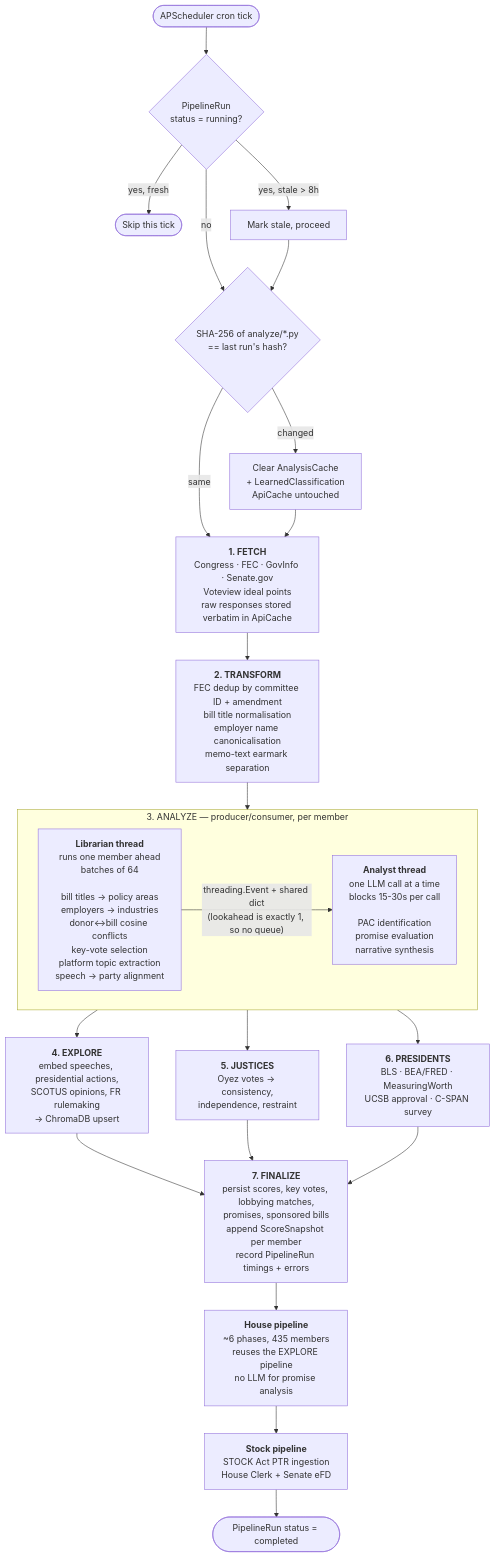
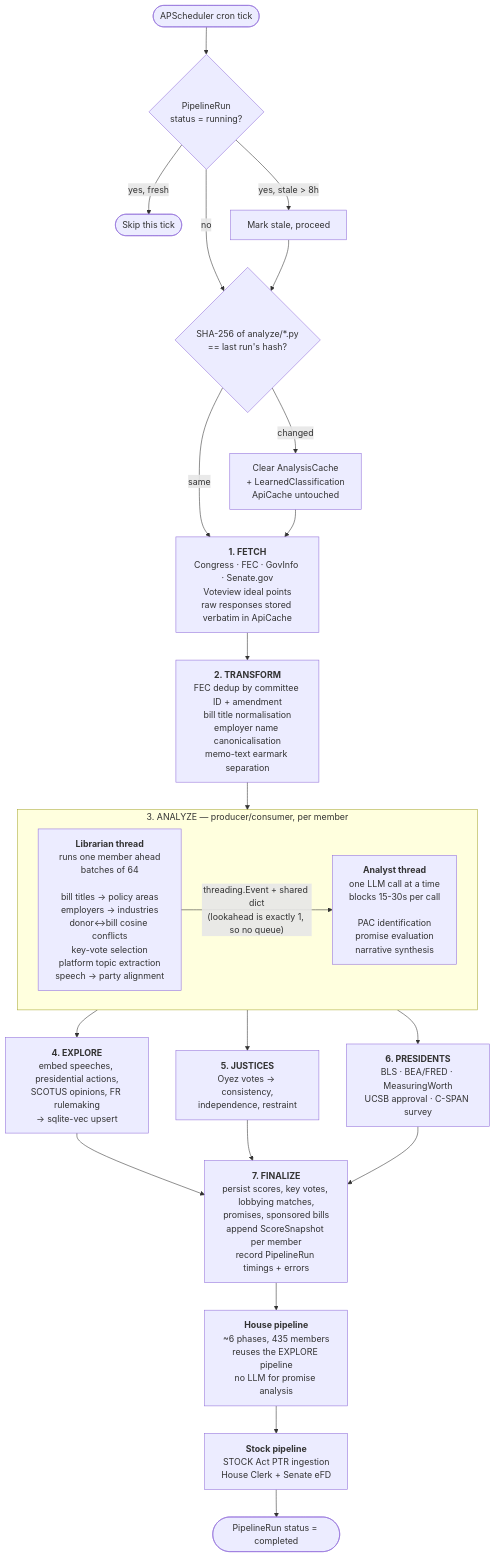
Before and after one commit to kamoras/civitas: the diagram in docs/diagrams/02-nightly-pipeline.md, drawn with Mermaid. The commit also changed 10 other files, not shown here.

````diff
--- a/docs/diagrams/02-nightly-pipeline.md
+++ b/docs/diagrams/02-nightly-pipeline.md
@@ -6,38 +6,38 @@
 ```mermaid
 flowchart TB
     START(["APScheduler cron tick"]) --> LOCK{"PipelineRun<br/>status = running?"}
     LOCK -->|yes, fresh| SKIP(["Skip this tick"])
     LOCK -->|yes, stale > 8h| MARK["Mark stale, proceed"]
     LOCK -->|no| FP
     MARK --> FP
 
     FP{"SHA-256 of analyze/*.py<br/>== last run's hash?"}
     FP -->|changed| CLEAR["Clear AnalysisCache<br/>+ LearnedClassification<br/>ApiCache untouched"]
     FP -->|same| P1
     CLEAR --> P1
 
     P1["<b>1. FETCH</b><br/>Congress · FEC · GovInfo · Senate.gov<br/>Voteview ideal points<br/>raw responses stored verbatim in ApiCache"]
     P2["<b>2. TRANSFORM</b><br/>FEC dedup by committee ID + amendment<br/>bill title normalisation<br/>employer name canonicalisation<br/>memo-text earmark separation"]
     P1 --> P2 --> P3
 
     subgraph P3["3. ANALYZE — producer/consumer, per member"]
         direction LR
         LIB["<b>Librarian thread</b><br/>runs one member ahead<br/>batches of 64<br/><br/>bill titles → policy areas<br/>employers → industries<br/>donor↔bill cosine conflicts<br/>key-vote selection<br/>platform topic extraction<br/>speech → party alignment"]
         ANA["<b>Analyst thread</b><br/>one LLM call at a time<br/>blocks 15-30s per call<br/><br/>PAC identification<br/>promise evaluation<br/>narrative synthesis"]
         LIB -->|"threading.Event + shared dict<br/>(lookahead is exactly 1, so no queue)"| ANA
     end
 
-    P3 --> P4["<b>4. EXPLORE</b><br/>embed speeches, presidential actions,<br/>SCOTUS opinions, FR rulemaking<br/>→ ChromaDB upsert"]
+    P3 --> P4["<b>4. EXPLORE</b><br/>embed speeches, presidential actions,<br/>SCOTUS opinions, FR rulemaking<br/>→ sqlite-vec upsert"]
     P3 --> P5["<b>5. JUSTICES</b><br/>Oyez votes → consistency,<br/>independence, restraint"]
     P3 --> P6["<b>6. PRESIDENTS</b><br/>BLS · BEA/FRED · MeasuringWorth<br/>UCSB approval · C-SPAN survey"]
 
     P4 --> P7
     P5 --> P7
     P6 --> P7
 
     P7["<b>7. FINALIZE</b><br/>persist scores, key votes, lobbying matches,<br/>promises, sponsored bills<br/>append ScoreSnapshot per member<br/>record PipelineRun timings + errors"]
 
     P7 --> HOUSE["<b>House pipeline</b><br/>~6 phases, 435 members<br/>reuses the EXPLORE pipeline<br/>no LLM for promise analysis"]
     HOUSE --> STOCK["<b>Stock pipeline</b><br/>STOCK Act PTR ingestion<br/>House Clerk + Senate eFD"]
     STOCK --> DONE(["PipelineRun status = completed"])
 ```
````
